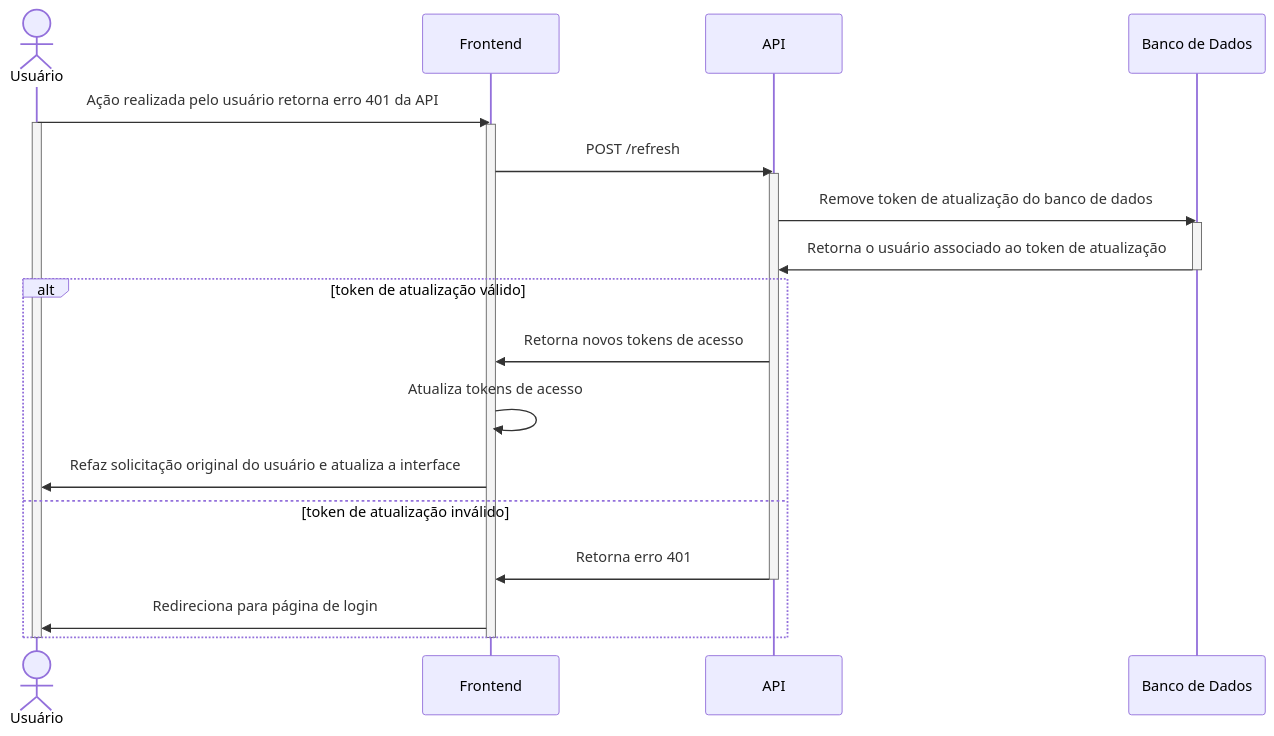
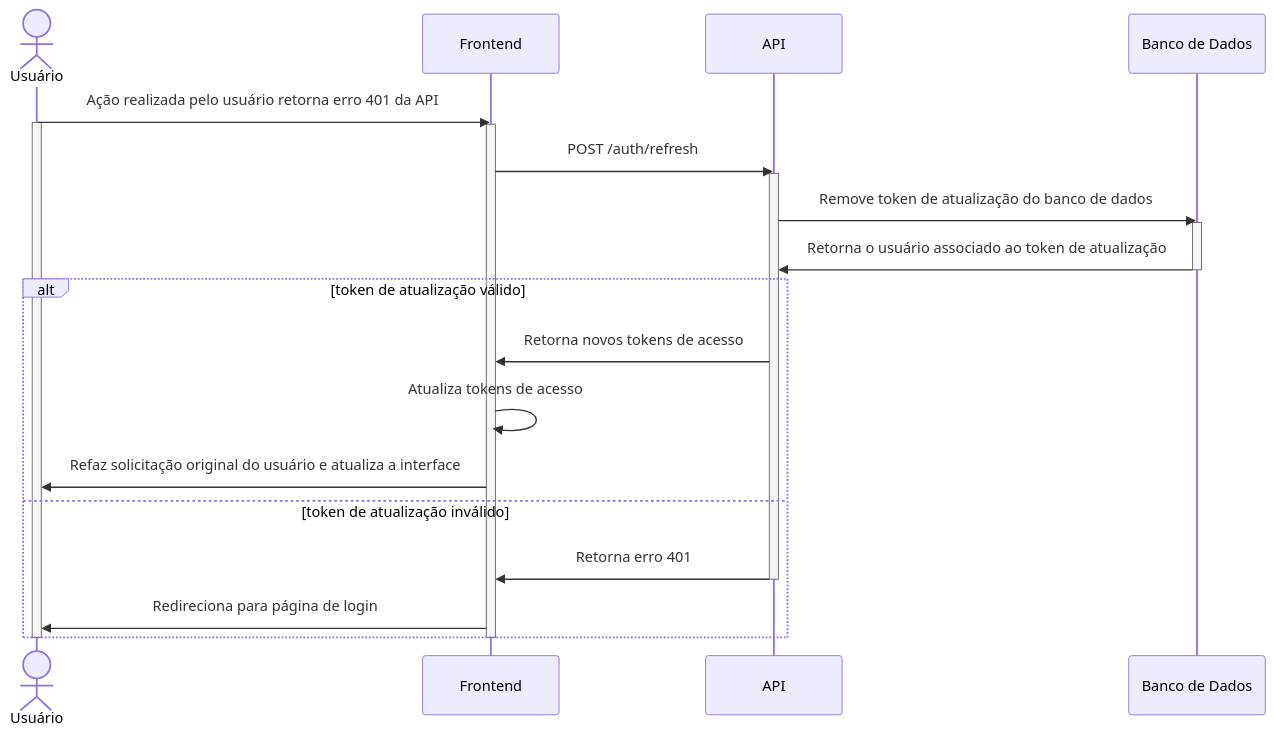
Before and after one commit to br-adriel/ts-mosaicq-todo: the third of 8 diagrams in docs/diag-sequencia.md, drawn with Mermaid.

Commit message:
docs: Fix refresh route on sequence diagram

````diff
--- a/docs/diag-sequencia.md
+++ b/docs/diag-sequencia.md
@@ -76,28 +76,28 @@
 ```mermaid
 sequenceDiagram
   actor U as Usuário
   participant FR as Frontend
   participant API as API
   participant DB as Banco de Dados
 
   U->>FR: Ação realizada pelo usuário retorna erro 401 da API
   activate U
   activate FR
-  FR->>API: POST /refresh
+  FR->>API: POST /auth/refresh
   activate API
   API->>DB: Remove token de atualização do banco de dados
   activate DB
   DB->>API: Retorna o usuário associado ao token de atualização
   deactivate DB
   alt token de atualização válido
     API->>FR: Retorna novos tokens de acesso
     FR->>FR: Atualiza tokens de acesso
     FR->>U: Refaz solicitação original do usuário e atualiza a interface
   else token de atualização inválido
     API->>FR: Retorna erro 401
     deactivate API
     FR->>U: Redireciona para página de login
   end
   deactivate FR
   deactivate U
 ```
````
